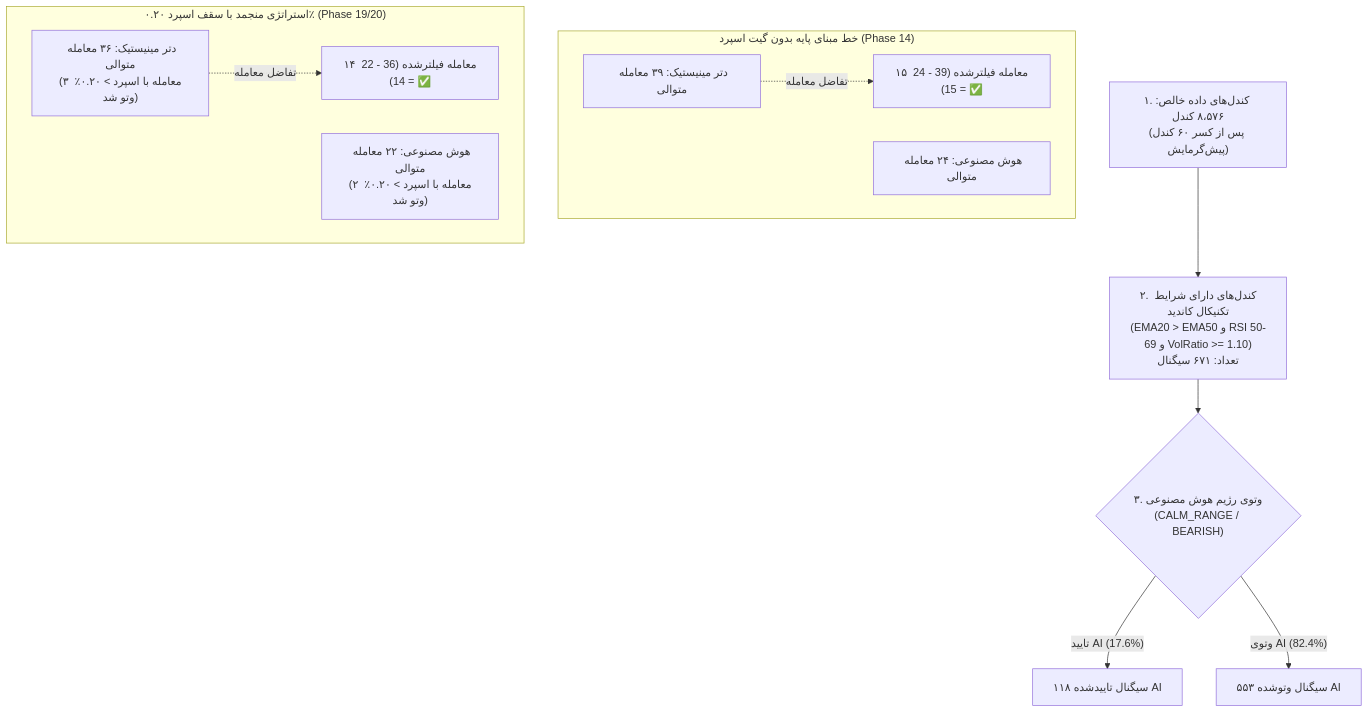
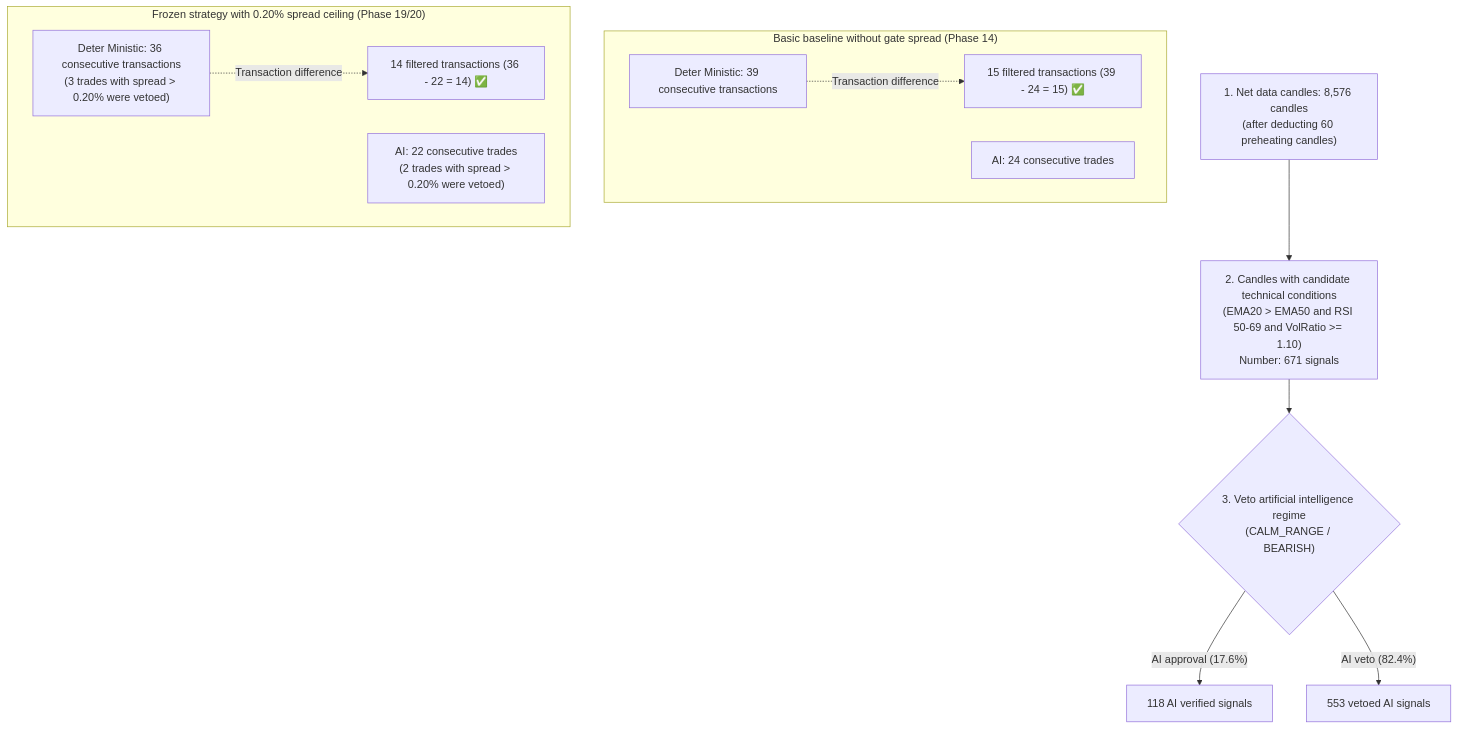
The first of 2 diagrams in docs/PHASE20_1_FINDING_RECONCILIATION.md (AliFazelniya/wallextrade), drawn with Mermaid before and after one commit. The commit also changed other lines of this file and 81 other files, not shown here.

````diff
--- a/docs/PHASE20_1_FINDING_RECONCILIATION.md
+++ b/docs/PHASE20_1_FINDING_RECONCILIATION.md
@@ -48,19 +48,19 @@
 ```mermaid
 flowchart TD
-    A["۱. کندل‌های داده خالص: ۸،۵۷۶ کندل\n(پس از کسر ۶۰ کندل پیش‌گرمایش)"] --> B["۲. کندل‌های دارای شرایط تکنیکال کاندید\n(EMA20 > EMA50 و RSI 50-69 و VolRatio >= 1.10)\nتعداد: ۶۷۱ سیگنال"]
-    B --> C{"۳. وتوی رژیم هوش مصنوعی\n(CALM_RANGE / BEARISH)"}
-    C -- "تایید AI (17.6%)" --> D["۱۱۸ سیگنال تاییدشده AI"]
-    C -- "وتوی AI (82.4%)" --> E["۵۵۳ سیگنال وتوشده AI"]
+    A["1. Net data candles: 8,576 candles\n(after deducting 60 preheating candles)"] --> B["2. Candles with candidate technical conditions\n(EMA20 > EMA50 and RSI 50-69 and VolRatio >= 1.10)\nNumber: 671 signals"]
+    B --> C{"3. Veto artificial intelligence regime\n(CALM_RANGE / BEARISH)"}
+    C -- "AI approval (17.6%)" --> D["118 AI verified signals"]
+    C -- "AI veto (82.4%)" --> E["553 vetoed AI signals"]
     
-    subgraph Funnel_P14["خط مبنای پایه بدون گیت اسپرد (Phase 14)"]
-        F1["دتر مینیستیک: ۳۹ معامله متوالی"]
-        F2["هوش مصنوعی: ۲۴ معامله متوالی"]
-        F1 -.->|تفاضل معامله| F3["۱۵ معامله فیلترشده (39 - 24 = 15) ✅"]
+    subgraph Funnel_P14["Basic baseline without gate spread (Phase 14)"]
+        F1["Deter Ministic: 39 consecutive transactions"]
+        F2["AI: 24 consecutive trades"]
+        F1 -.->|Transaction difference| F3["15 filtered transactions (39 - 24 = 15) ✅"]
     end
 
-    subgraph Funnel_P19["استراتژی منجمد با سقف اسپرد ۰.۲۰٪ (Phase 19/20)"]
-        G1["دتر مینیستیک: ۳۶ معامله متوالی\n(۳ معامله با اسپرد > ۰.۲۰٪ وتو شد)"]
-        G2["هوش مصنوعی: ۲۲ معامله متوالی\n(۲ معامله با اسپرد > ۰.۲۰٪ وتو شد)"]
-        G1 -.->|تفاضل معامله| G3["۱۴ معامله فیلترشده (36 - 22 = 14) ✅"]
+    subgraph Funnel_P19["Frozen strategy with 0.20% spread ceiling (Phase 19/20)"]
+        G1["Deter Ministic: 36 consecutive transactions\n(3 trades with spread > 0.20% were vetoed)"]
+        G2["AI: 22 consecutive trades\n(2 trades with spread > 0.20% were vetoed)"]
+        G1 -.->|Transaction difference| G3["14 filtered transactions (36 - 22 = 14) ✅"]
     end
 ```
````
